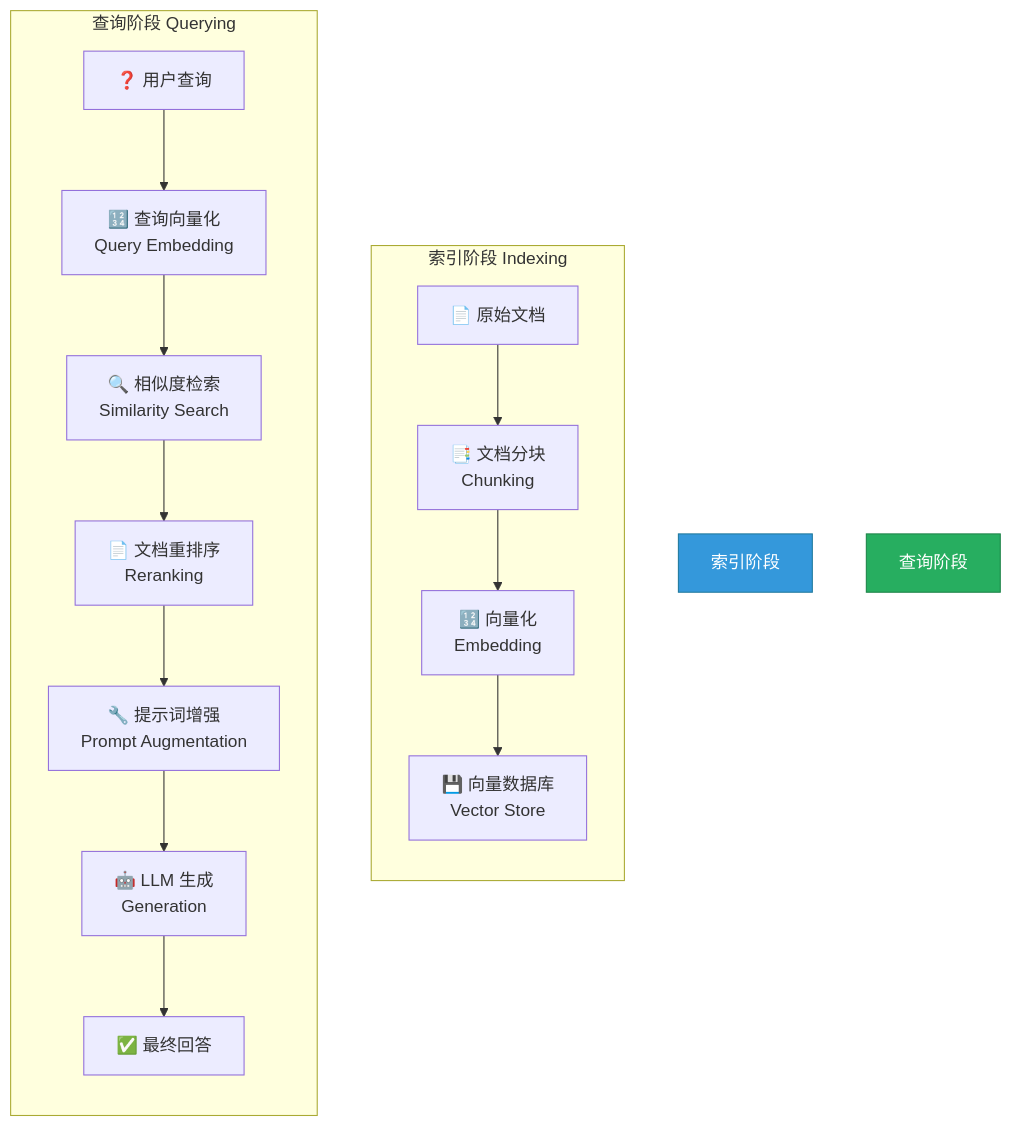
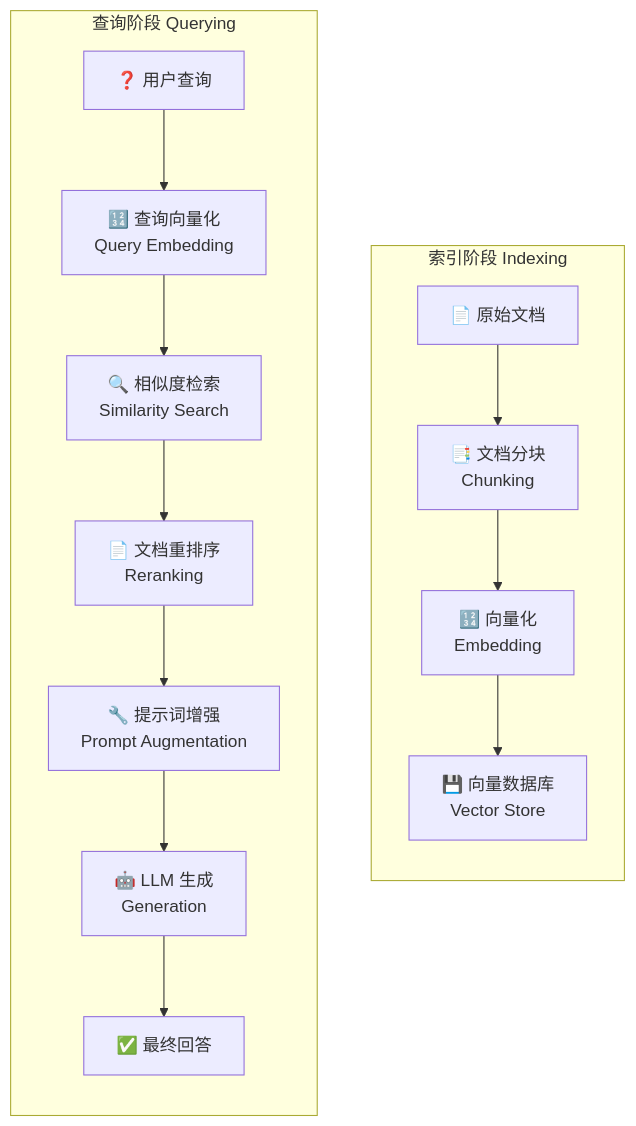
The third of 16 diagrams in ai-agent/rag/01_basics.md (dd-xiaozhi/study-notes), drawn with Mermaid before and after one commit. The commit also changed other lines of this file and 19 other files, not shown here.

````diff
--- a/ai-agent/rag/01_basics.md
+++ b/ai-agent/rag/01_basics.md
@@ -296,22 +296,19 @@
 ```mermaid
 flowchart TB
     subgraph "索引阶段 Indexing"
         direction TB
         I1[📄 原始文档] --> I2[📑 文档分块<br/>Chunking]
         I2 --> I3[🔢 向量化<br/>Embedding]
         I3 --> I4[💾 向量数据库<br/>Vector Store]
     end
 
     subgraph "查询阶段 Querying"
         direction TB
         Q1[❓ 用户查询] --> Q2[🔢 查询向量化<br/>Query Embedding]
         Q2 --> Q3[🔍 相似度检索<br/>Similarity Search]
         Q3 --> Q4[📄 文档重排序<br/>Reranking]
         Q4 --> Q5[🔧 提示词增强<br/>Prompt Augmentation]
         Q5 --> Q6[🤖 LLM 生成<br/>Generation]
         Q6 --> Q7[✅ 最终回答]
     end
-
-    style 索引阶段 fill:#3498db,stroke:#217a9e,color:#fff
-    style 查询阶段 fill:#27ae60,stroke:#1e8449,color:#fff
 ```
````
